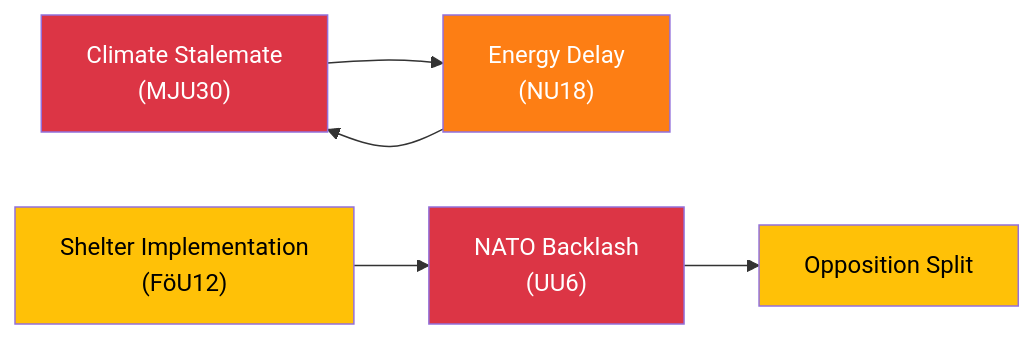
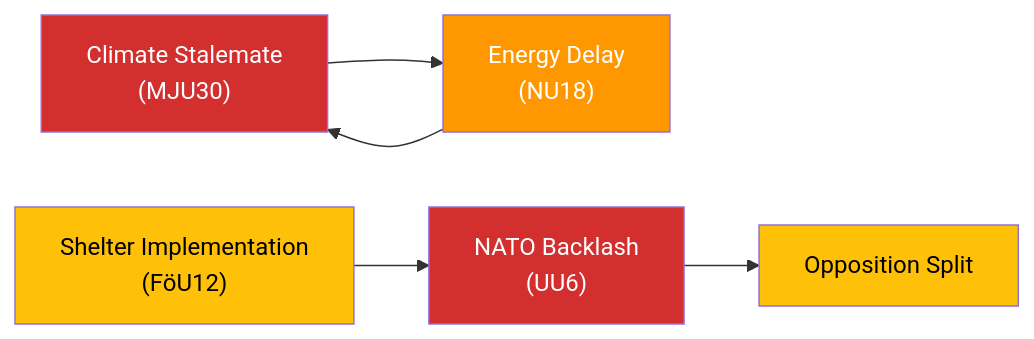
One commit to Hack23/riksdagsmonitor changed the second of 2 diagrams in analysis/daily/2026-04-09/committeeReports/risk-assessment.md. Above: the diagram before and after it, drawn with Mermaid. The commit also changed other lines of this file and 785 other files, not shown here.

First line of the commit message:
Normalize mermaid colors across 786 analysis artifacts to ISMS Style Guide palette

````diff
--- a/analysis/daily/2026-04-09/committeeReports/risk-assessment.md
+++ b/analysis/daily/2026-04-09/committeeReports/risk-assessment.md
@@ -42,13 +42,13 @@
 ```mermaid
 graph LR
     R1["Climate Stalemate<br/>(MJU30)"] --> R3["Energy Delay<br/>(NU18)"]
     R2["NATO Backlash<br/>(UU6)"] --> R5["Opposition Split"]
     R3 --> R1
     R4["Shelter Implementation<br/>(FöU12)"] --> R2
     
-    style R1 fill:#dc3545,color:#fff
-    style R2 fill:#dc3545,color:#fff
-    style R3 fill:#fd7e14,color:#fff
-    style R4 fill:#ffc107,color:#000
-    style R5 fill:#ffc107,color:#000
+    style R1 fill:#D32F2F,color:#FFFFFF
+    style R2 fill:#D32F2F,color:#FFFFFF
+    style R3 fill:#FF9800,color:#FFFFFF
+    style R4 fill:#FFC107,color:#000000
+    style R5 fill:#FFC107,color:#000000
 ```
````
